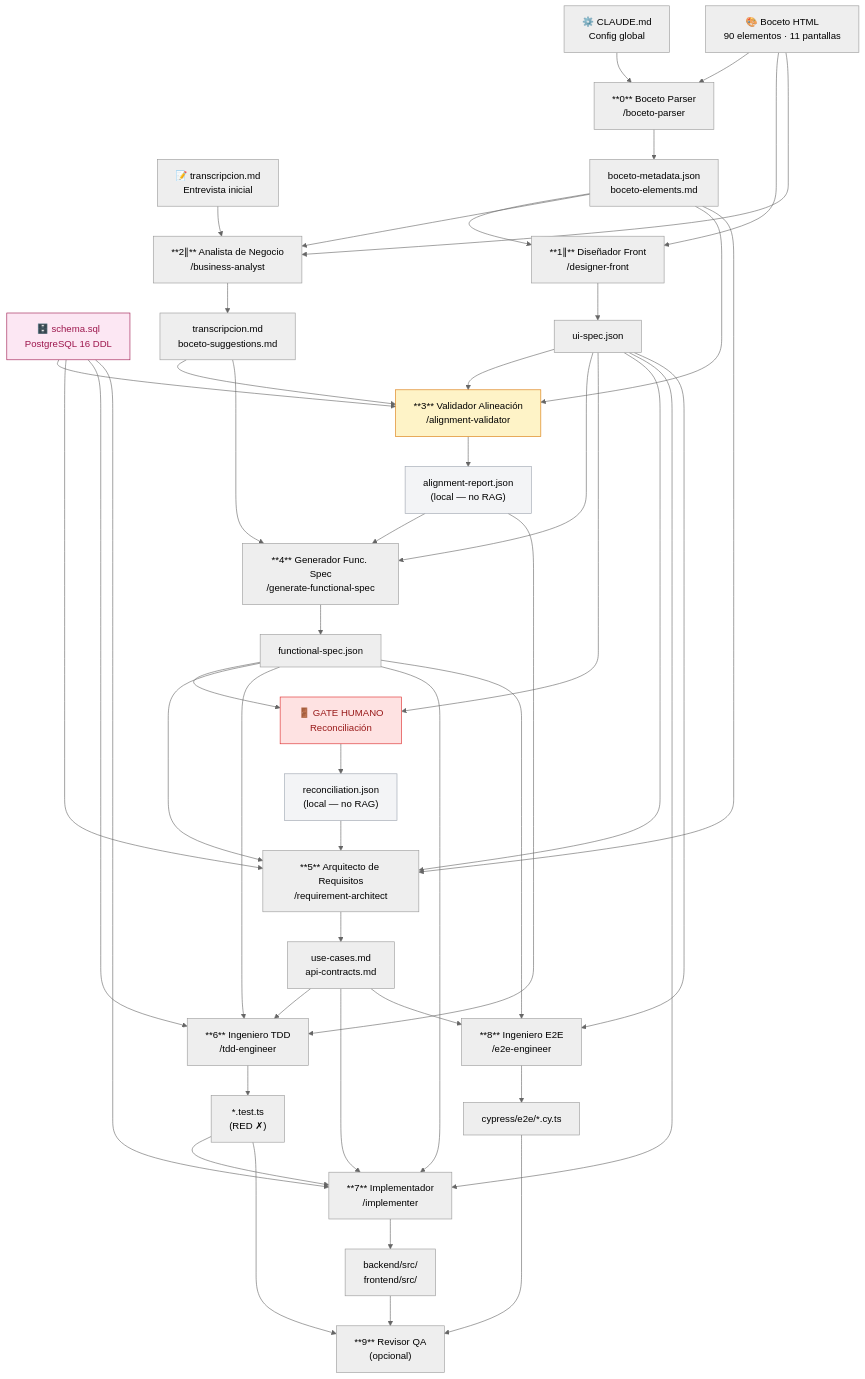
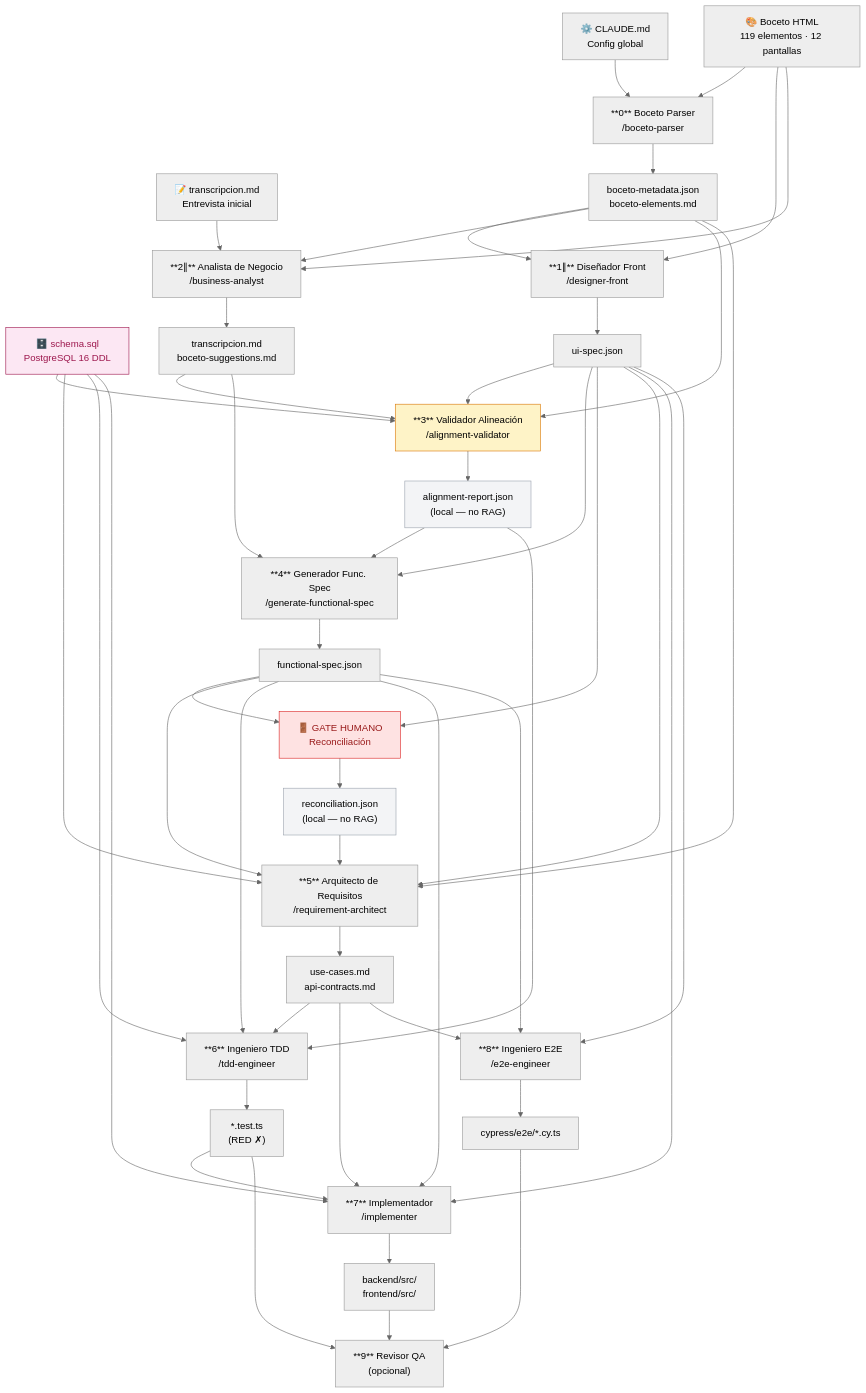
One commit to dbetancorfp/CORRECTOR_DE_PROYECTOS changed the diagram in docs/flujo.md. Above: the diagram before and after it, drawn with Mermaid (neutral theme). The commit also changed other lines of this file and 8 other files, not shown here.

````diff
--- a/docs/flujo.md
+++ b/docs/flujo.md
@@ -7,7 +7,7 @@
 ```mermaid
 flowchart TD
     CLAUDE["⚙️ CLAUDE.md\nConfig global"]
-    BOCETO["🎨 Boceto HTML\n90 elementos · 11 pantallas"]
+    BOCETO["🎨 Boceto HTML\n119 elementos · 12 pantallas"]
     TRANS_IN["📝 transcripcion.md\nEntrevista inicial"]
     SCHEMA["🗄️ schema.sql\nPostgreSQL 16 DDL"]
 
````
